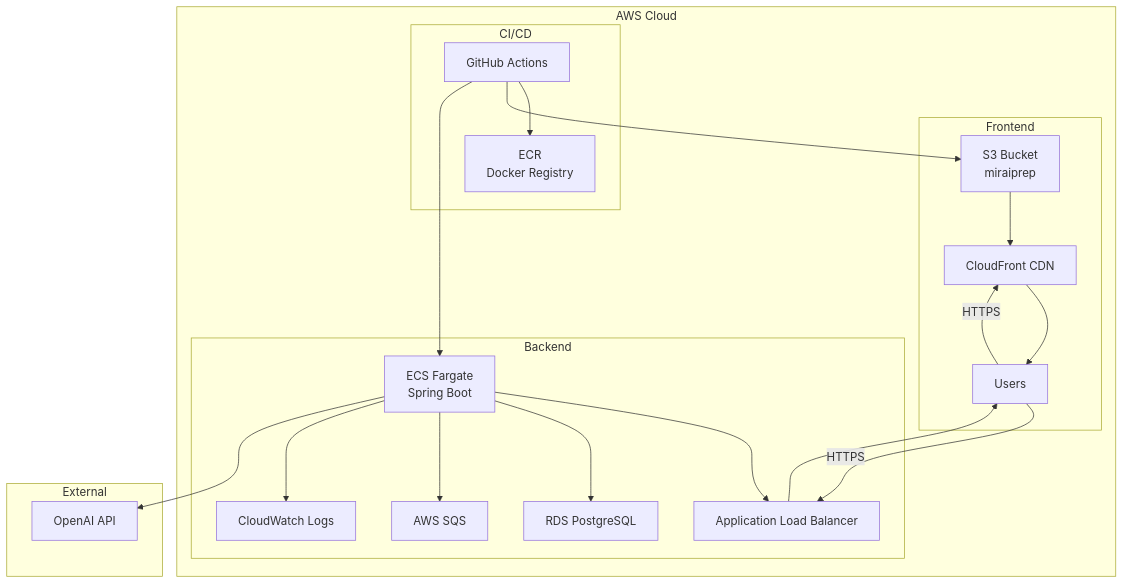
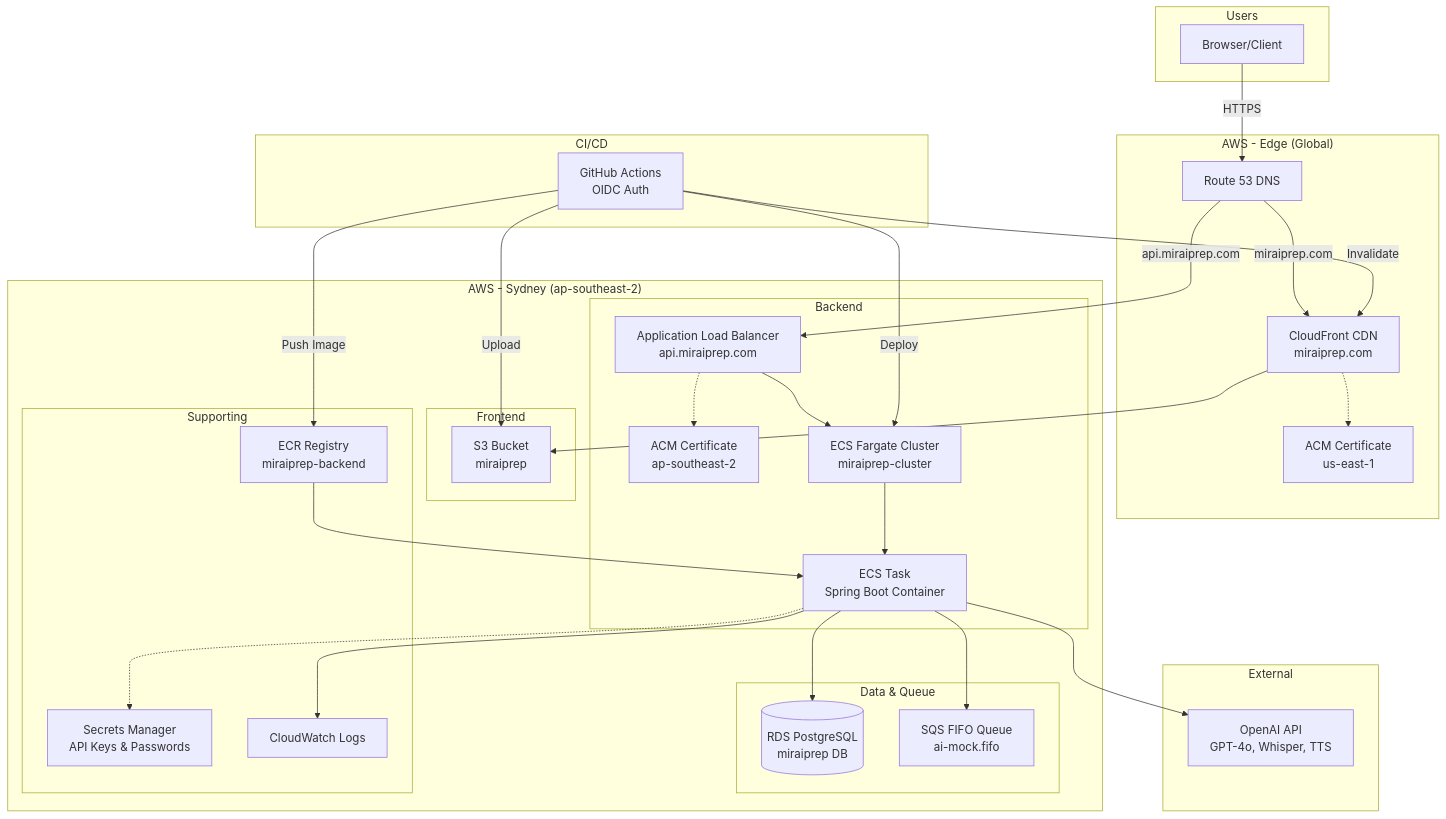
The fourth of 4 diagrams in README.md (AlejandroPosadaR/Miraiprep), drawn with Mermaid before and after one commit. The commit also changed other lines of this file, not shown here.

````diff
--- a/README.md
+++ b/README.md
@@ -200,30 +383,63 @@
 ```mermaid
 graph TB
-    subgraph "AWS Cloud"
+    subgraph "Users"
+        U[Browser/Client]
+    end
+    
+    subgraph "AWS - Edge (Global)"
+        R53[Route 53 DNS]
+        CF[CloudFront CDN<br/>miraiprep.com]
+        ACM1[ACM Certificate<br/>us-east-1]
+    end
+    
+    subgraph "AWS - Sydney (ap-southeast-2)"
         subgraph "Frontend"
-            A[S3 Bucket<br/>miraiprep] --> B[CloudFront CDN]
-            B --> C[Users]
+            S3[S3 Bucket<br/>miraiprep]
         end
         
         subgraph "Backend"
-            D[ECS Fargate<br/>Spring Boot] --> E[Application Load Balancer]
-            E --> C
-            D --> F[RDS PostgreSQL]
-            D --> G[AWS SQS]
-            D --> H[CloudWatch Logs]
+            ALB[Application Load Balancer<br/>api.miraiprep.com]
+            ACM2[ACM Certificate<br/>ap-southeast-2]
+            ECS[ECS Fargate Cluster<br/>miraiprep-cluster]
+            TASK[ECS Task<br/>Spring Boot Container]
         end
         
-        subgraph "CI/CD"
-            I[GitHub Actions] --> J[ECR<br/>Docker Registry]
-            I --> A
-            I --> D
+        subgraph "Data & Queue"
+            RDS[(RDS PostgreSQL<br/>miraiprep DB)]
+            SQS[SQS FIFO Queue<br/>ai-mock.fifo]
+        end
+        
+        subgraph "Supporting"
+            ECR[ECR Registry<br/>miraiprep-backend]
+            SM[Secrets Manager<br/>API Keys & Passwords]
+            CW[CloudWatch Logs]
         end
     end
     
     subgraph "External"
-        D --> K[OpenAI API]
+        OAI[OpenAI API<br/>GPT-4o, Whisper, TTS]
     end
     
-    C -->|HTTPS| B
-    C -->|HTTPS| E
+    subgraph "CI/CD"
+        GH[GitHub Actions<br/>OIDC Auth]
+    end
+    
+    U -->|HTTPS| R53
+    R53 -->|miraiprep.com| CF
+    R53 -->|api.miraiprep.com| ALB
+    CF --> S3
+    CF -.-> ACM1
+    ALB --> ECS
+    ALB -.-> ACM2
+    ECS --> TASK
+    TASK --> RDS
+    TASK --> SQS
+    TASK --> OAI
+    TASK --> CW
+    TASK -.-> SM
+    GH -->|Push Image| ECR
+    GH -->|Deploy| ECS
+    GH -->|Upload| S3
+    GH -->|Invalidate| CF
+    ECR --> TASK
 ```
````
